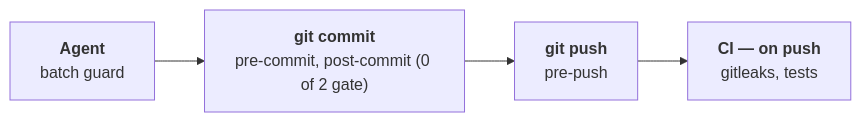
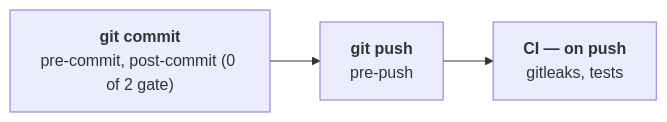
Before and after one commit to buedaswag/dev-setup: the diagram in README.md, drawn with Mermaid. The commit also changed other lines of this file and 10 other files, not shown here.

````diff
--- a/README.md
+++ b/README.md
@@ -81,10 +65,8 @@
 ```mermaid
 graph LR
-    agent["<b>Agent</b><br/>batch guard"]
     commit["<b>git commit</b><br/>pre-commit, post-commit (0 of 2 gate)"]
     push["<b>git push</b><br/>pre-push"]
     ci["<b>CI — on push</b><br/>gitleaks, tests"]
-    agent --> commit
     commit --> push
     push --> ci
 ```
````
